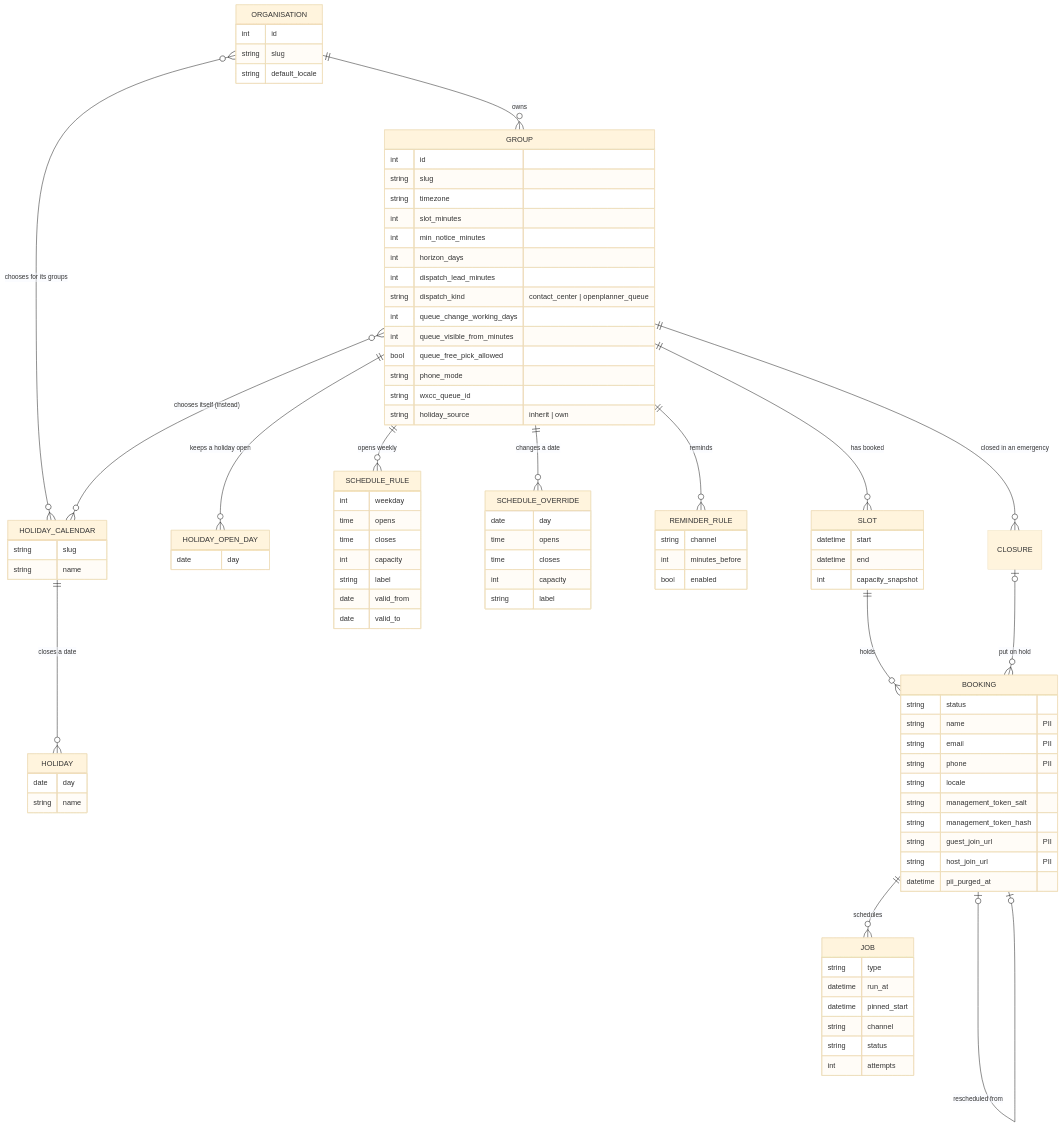
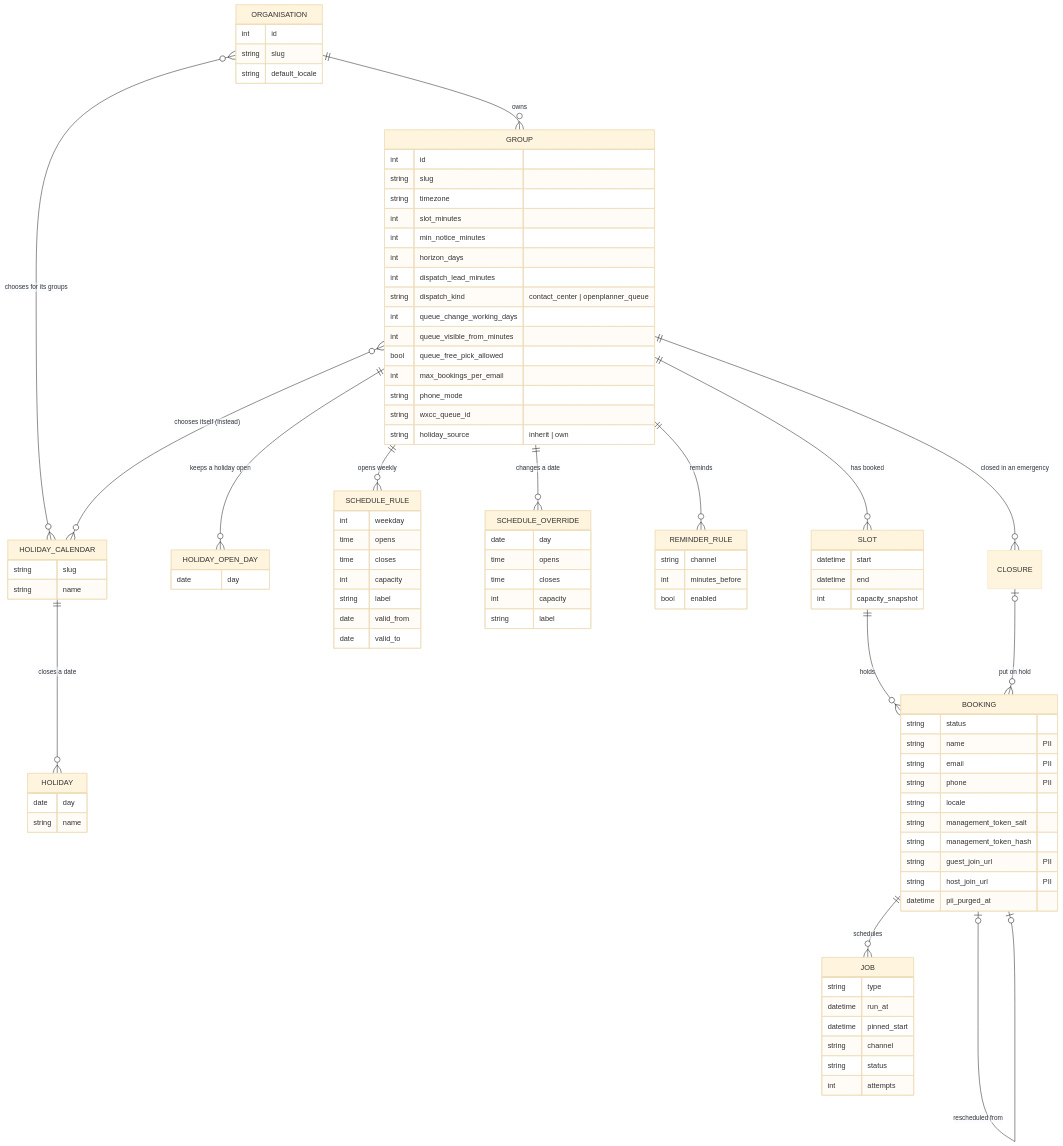
Before and after one commit to 3Corners-Labs/OpenPlanner: the fifth of 14 diagrams in docs/architecture.md, drawn with Mermaid (base theme). The commit also changed 33 other files, not shown here.

First line of the commit message:
feat(booking): limit bookings per email address per group (ADR 0059)

```diff
--- a/docs/architecture.md
+++ b/docs/architecture.md
@@ -312,6 +312,7 @@
         int queue_change_working_days
         int queue_visible_from_minutes
         bool queue_free_pick_allowed
+        int max_bookings_per_email
         string phone_mode
         string wxcc_queue_id
         string holiday_source "inherit | own"
```
